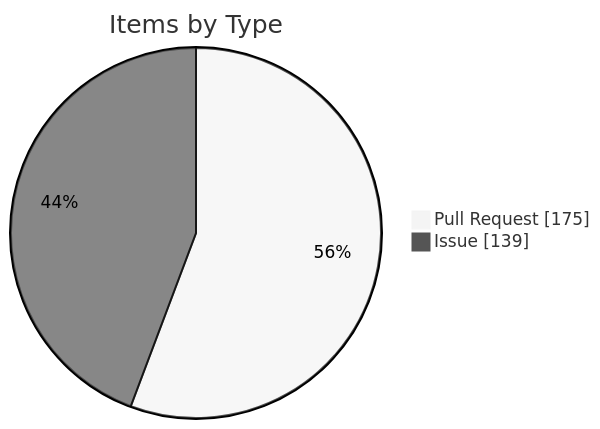
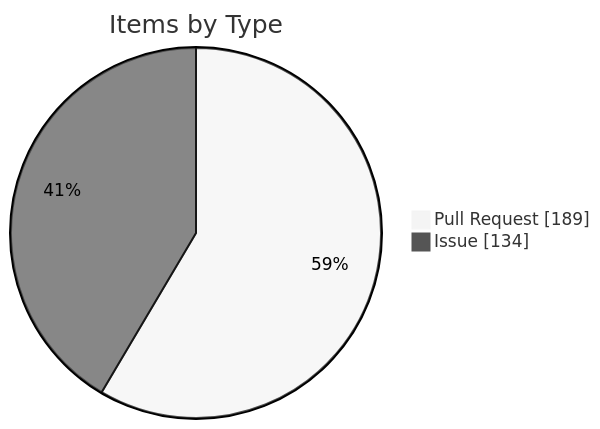
Before and after one commit to KBVE/kbve: the fourth of 4 diagrams in apps/kbve/astro-kbve/src/content/docs/dashboard/kanban-data.mdx, drawn with Mermaid (neutral theme). The commit also changed other lines of this file and 8 other files, not shown here.

````diff
--- a/apps/kbve/astro-kbve/src/content/docs/dashboard/kanban-data.mdx
+++ b/apps/kbve/astro-kbve/src/content/docs/dashboard/kanban-data.mdx
@@ -116,6 +116,6 @@
 ```mermaid
 pie showData
     title Items by Type
-    "Pull Request" : 175
-    "Issue" : 139
+    "Pull Request" : 189
+    "Issue" : 134
 ```
````
